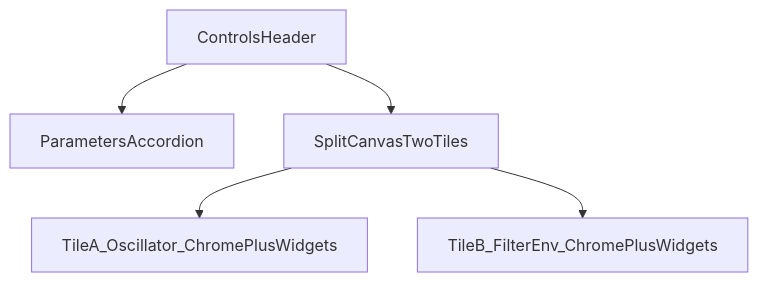
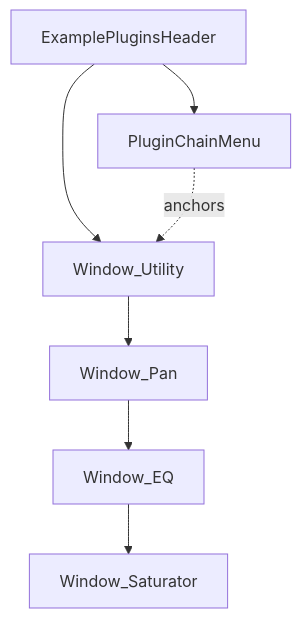
Before and after one commit to shahzebqazi/vst-ui: the third of 4 diagrams in docs/MOCKUPS.md, drawn with Mermaid. The commit also changed other lines of this file and 15 other files, not shown here.

````diff
--- a/docs/MOCKUPS.md
+++ b/docs/MOCKUPS.md
@@ -35,12 +35,12 @@
 ```mermaid
 flowchart TB
-  controlsHeader[ControlsHeader]
-  paramsCol[ParametersAccordion]
-  canvasSplit[SplitCanvasTwoTiles]
-  controlsHeader --> paramsCol
-  controlsHeader --> canvasSplit
-  tileA[TileA_Oscillator_ChromePlusWidgets]
-  tileB[TileB_FilterEnv_ChromePlusWidgets]
-  canvasSplit --> tileA
-  canvasSplit --> tileB
+  epHeader[ExamplePluginsHeader]
+  chainMenu[PluginChainMenu]
+  win1[Window_Utility]
+  win2[Window_Pan]
+  win3[Window_EQ]
+  win4[Window_Saturator]
+  epHeader --> chainMenu
+  epHeader --> win1 --> win2 --> win3 --> win4
+  chainMenu -.->|anchors| win1
 ```
````
